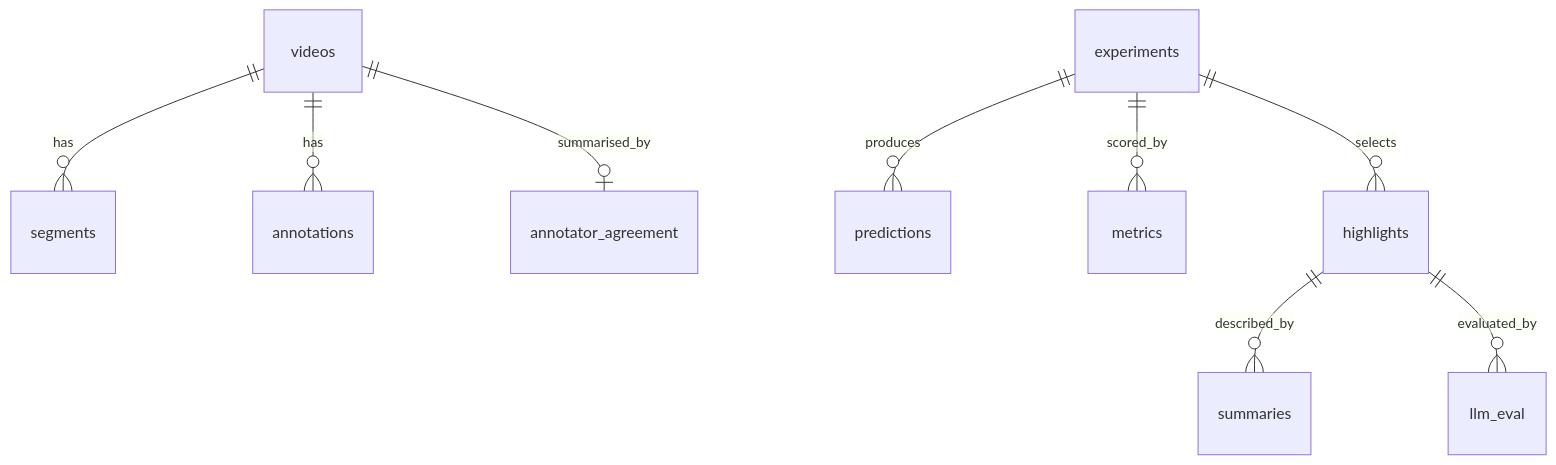
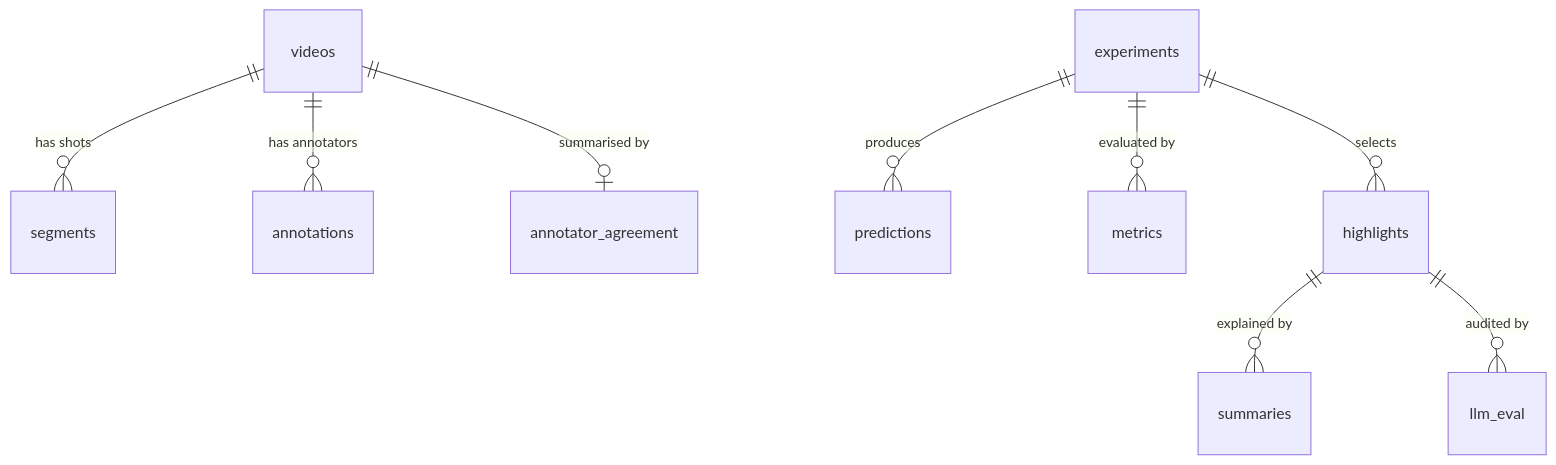
Before and after one commit to AARAV-git/peakcut: the second of 2 diagrams in README.md, drawn with Mermaid. The commit also changed other lines of this file, not shown here.

Commit message:
docs: modernize and update README with full-stack architecture and accurate quick start

````diff
--- a/README.md
+++ b/README.md
@@ -248,11 +270,11 @@
 ```mermaid
 erDiagram
-    videos ||--o{ segments : has
-    videos ||--o{ annotations : has
-    videos ||--o| annotator_agreement : summarised_by
-    experiments ||--o{ predictions : produces
-    experiments ||--o{ metrics : scored_by
-    experiments ||--o{ highlights : selects
-    highlights ||--o{ summaries : described_by
-    highlights ||--o{ llm_eval : evaluated_by
+    videos ||--o{ segments : "has shots"
+    videos ||--o{ annotations : "has annotators"
+    videos ||--o| annotator_agreement : "summarised by"
+    experiments ||--o{ predictions : "produces"
+    experiments ||--o{ metrics : "evaluated by"
+    experiments ||--o{ highlights : "selects"
+    highlights ||--o{ summaries : "explained by"
+    highlights ||--o{ llm_eval : "audited by"
 ```
````
